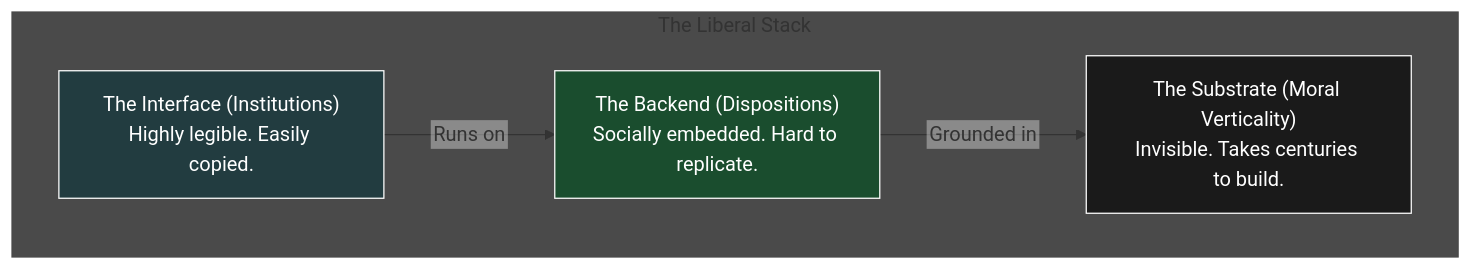
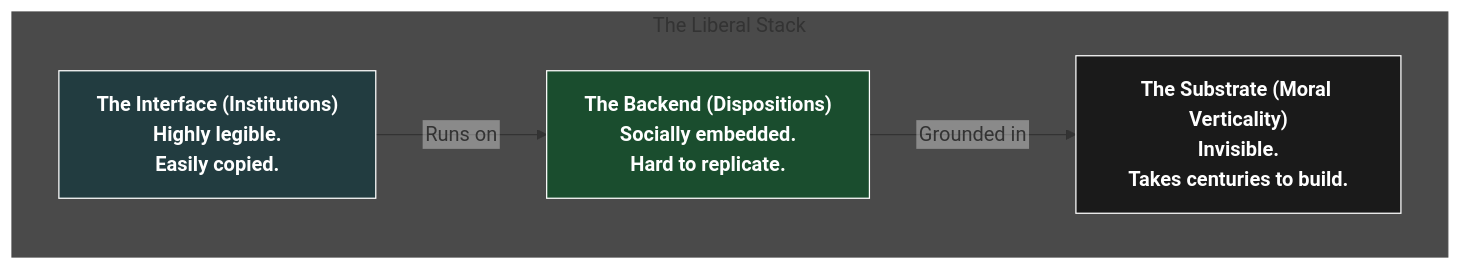
One commit to Shelbournator/thoughts changed the diagram in _posts/2026-04-01-the-liberal-interface.md. Above: the diagram before and after it, drawn with Mermaid.

````diff
--- a/_posts/2026-04-01-the-liberal-interface.md
+++ b/_posts/2026-04-01-the-liberal-interface.md
@@ -96,17 +96,17 @@
 ```mermaid
 %%{init: { "flowchart": { "htmlLabels": false } } }%%
 graph TD
     subgraph S["The Liberal Stack"]
-        L1["The Interface (Institutions)<br/>Highly legible. Easily copied."]
-        L2["The Backend (Dispositions)<br/>Socially embedded. Hard to replicate."]
-        L3["The Substrate (Moral Verticality)<br/>Invisible. Takes centuries to build."]
+        L1["<b>The Interface (Institutions)<b/><br/>Highly legible.<br/>Easily copied."]
+        L2["<b>The Backend (Dispositions)<b/><br/>Socially embedded.<br/>Hard to replicate."]
+        L3["<b>The Substrate (Moral Verticality)<b/><br/>Invisible.<br/>Takes centuries to build."]
     end
 
     L1 -->|Runs on| L2
     L2 -->|Grounded in| L3
 
     style S fill:#4a4a4a,stroke:#4a4a4a,color:#fff
     style L1 fill:#223c40,stroke:#fff,color:#fff
     style L2 fill:#1a4d2e,stroke:#fff,color:#fff
     style L3 fill:#1a1a1a,stroke:#fff,color:#fff
 ```
````
